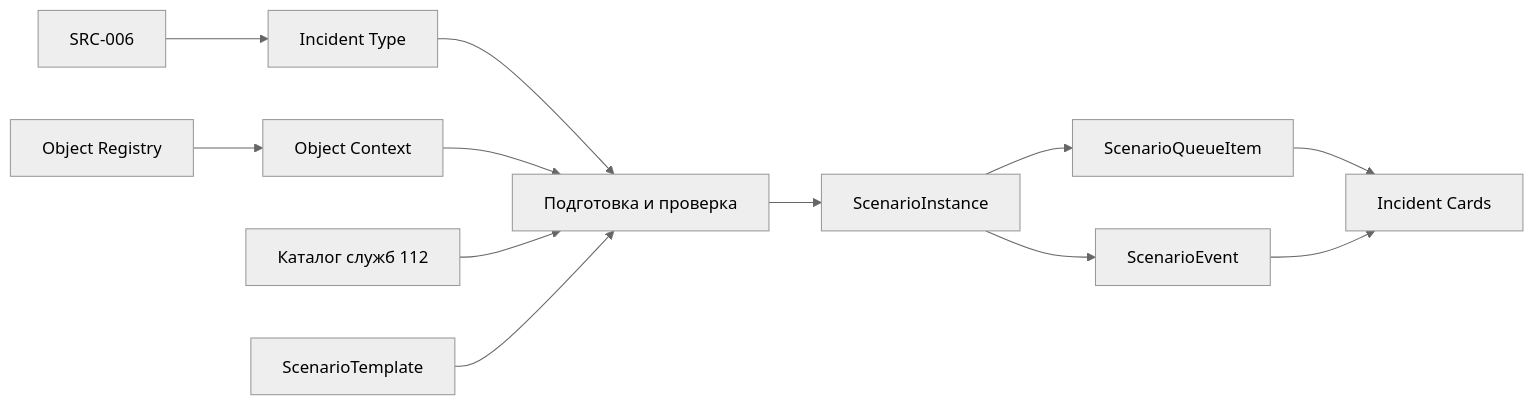
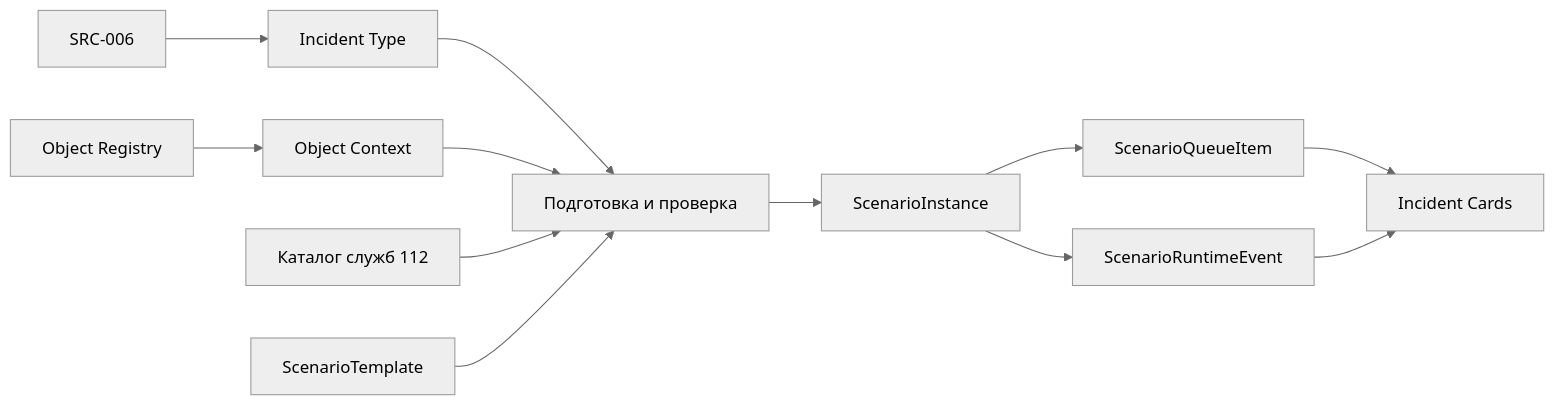
Before and after one commit to alex-indi/training-simulator-112: the first of 2 diagrams in docs/scenario-engine.md, drawn with Mermaid (neutral theme). The commit also changed other lines of this file and 20 other files, not shown here.

Commit message:
done feature/UT112-2 7-scenario-runtime

````diff
--- a/docs/scenario-engine.md
+++ b/docs/scenario-engine.md
@@ -10,14 +10,14 @@
 ```mermaid
 flowchart LR
     SRC["SRC-006"] --> TYPE["Incident Type"]
     REG["Object Registry"] --> CONTEXT["Object Context"]
     TYPE --> GEN["Подготовка и проверка"]
     CONTEXT --> GEN
     CAT["Каталог служб 112"] --> GEN
     TEMPLATE["ScenarioTemplate"] --> GEN
     GEN --> INSTANCE["ScenarioInstance"]
     INSTANCE --> QUEUE["ScenarioQueueItem"]
     QUEUE --> CARD["Incident Cards"]
-    INSTANCE --> EVENT["ScenarioEvent"]
+    INSTANCE --> EVENT["ScenarioRuntimeEvent"]
     EVENT --> CARD
 ```
````
